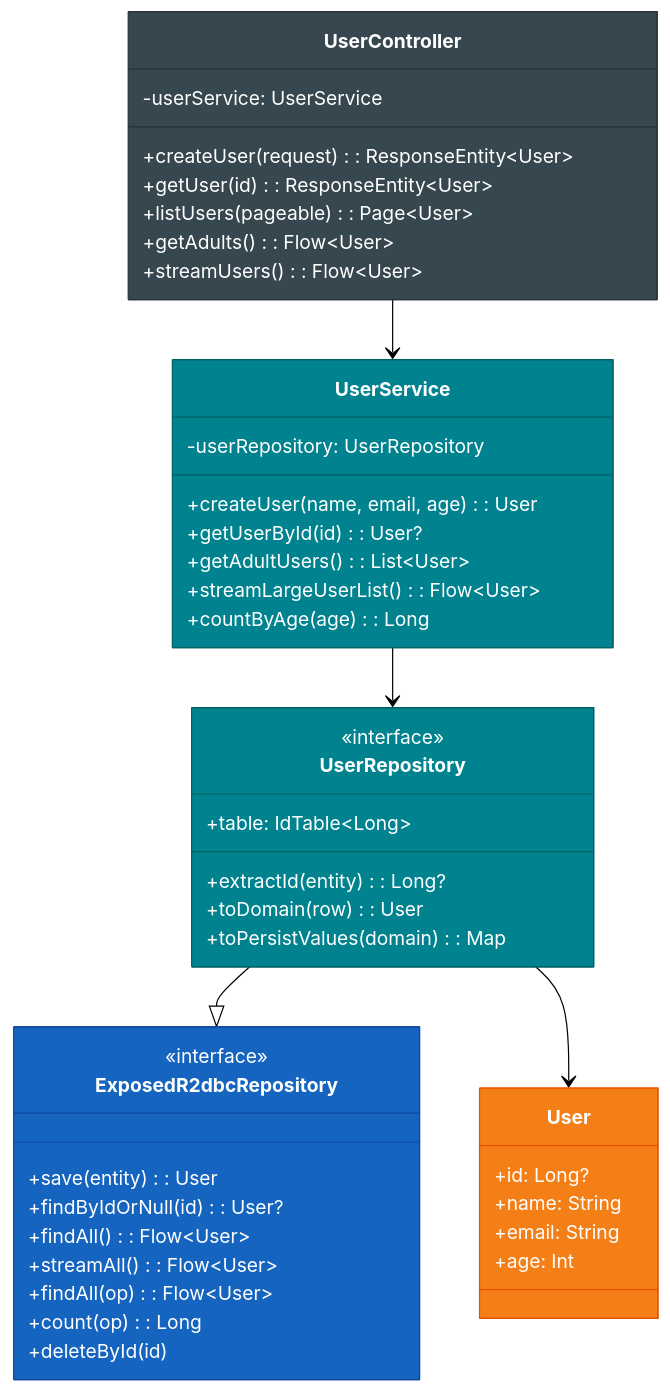
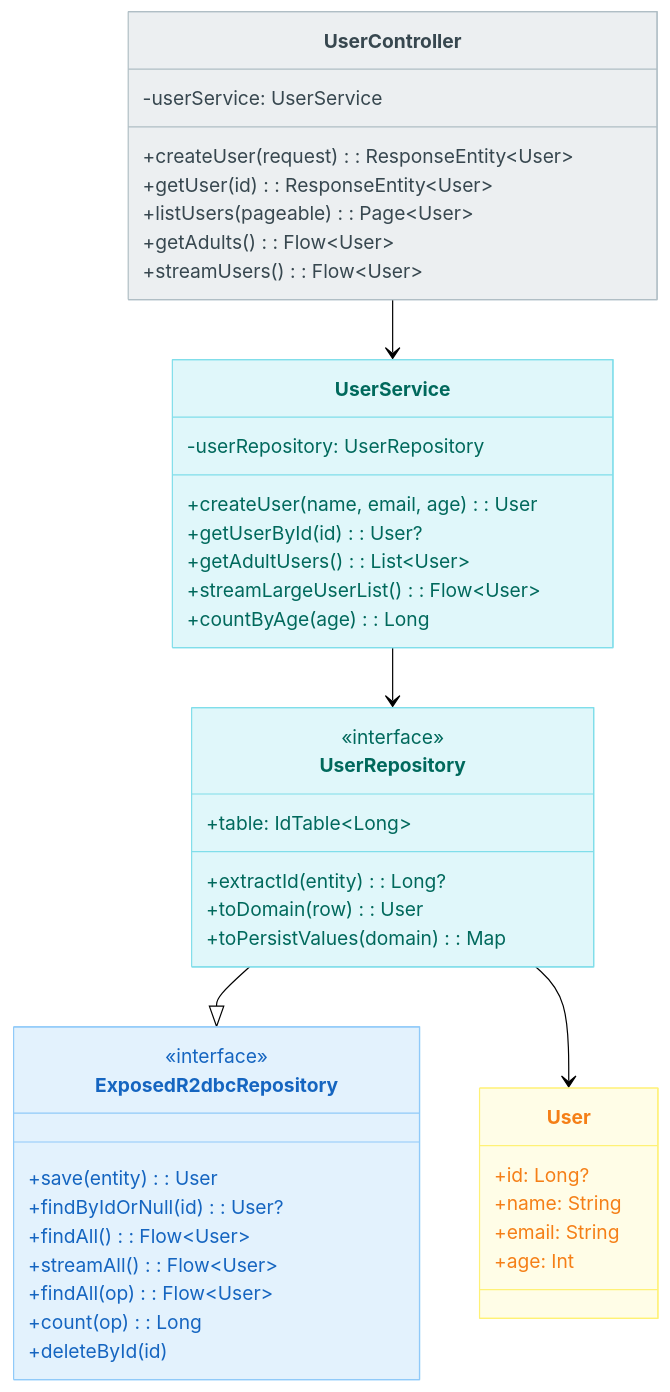
Before and after one commit to bluetape4k/bluetape4k-projects: the first of 2 diagrams in spring-boot3/exposed-r2dbc/README.ko.md, drawn with Mermaid (forest theme). The commit also changed other lines of this file and 219 other files, not shown here.

First line of the commit message:
docs: 전체 README Mermaid 다이어그램 가이드 적용

````diff
--- a/spring-boot3/exposed-r2dbc/README.ko.md
+++ b/spring-boot3/exposed-r2dbc/README.ko.md
@@ -11,53 +11,53 @@
 ```mermaid
 classDiagram
     class UserController {
         -userService: UserService
         +createUser(request): ResponseEntity~User~
         +getUser(id): ResponseEntity~User~
         +listUsers(pageable): Page~User~
         +getAdults(): Flow~User~
         +streamUsers(): Flow~User~
     }
     class UserService {
         -userRepository: UserRepository
         +createUser(name, email, age): User
         +getUserById(id): User?
         +getAdultUsers(): List~User~
         +streamLargeUserList(): Flow~User~
         +countByAge(age): Long
     }
     class UserRepository {
         <<interface>>
         +table: IdTable~Long~
         +extractId(entity): Long?
         +toDomain(row): User
         +toPersistValues(domain): Map
     }
     class ExposedR2dbcRepository {
         <<interface>>
         +save(entity): User
         +findByIdOrNull(id): User?
         +findAll(): Flow~User~
         +streamAll(): Flow~User~
         +findAll(op): Flow~User~
         +count(op): Long
         +deleteById(id)
     }
     class User {
         +id: Long?
         +name: String
         +email: String
         +age: Int
     }
 
     UserController --> UserService
     UserService --> UserRepository
     UserRepository --|> ExposedR2dbcRepository
     UserRepository --> User
 
-    style UserController fill:#37474F,stroke:#263238,color:#FFFFFF
-    style UserService fill:#00838F,stroke:#006064,color:#FFFFFF
-    style UserRepository fill:#00838F,stroke:#006064,color:#FFFFFF
-    style ExposedR2dbcRepository fill:#1565C0,stroke:#0D47A1,color:#FFFFFF
-    style User fill:#F57F17,stroke:#E65100,color:#FFFFFF
+    style UserController fill:#ECEFF1,stroke:#B0BEC5,color:#37474F
+    style UserService fill:#E0F7FA,stroke:#80DEEA,color:#00695C
+    style UserRepository fill:#E0F7FA,stroke:#80DEEA,color:#00695C
+    style ExposedR2dbcRepository fill:#E3F2FD,stroke:#90CAF9,color:#1565C0
+    style User fill:#FFFDE7,stroke:#FFF176,color:#F57F17
 ```
````
